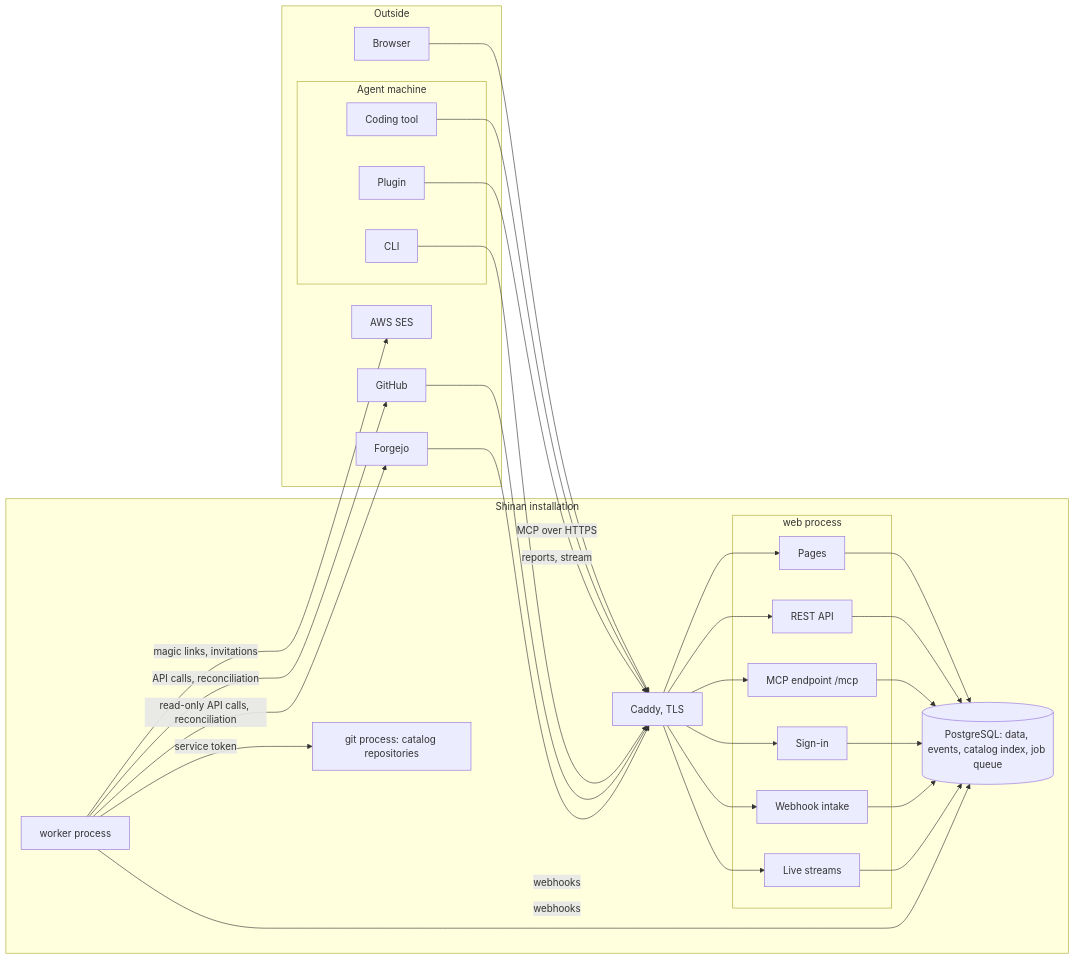
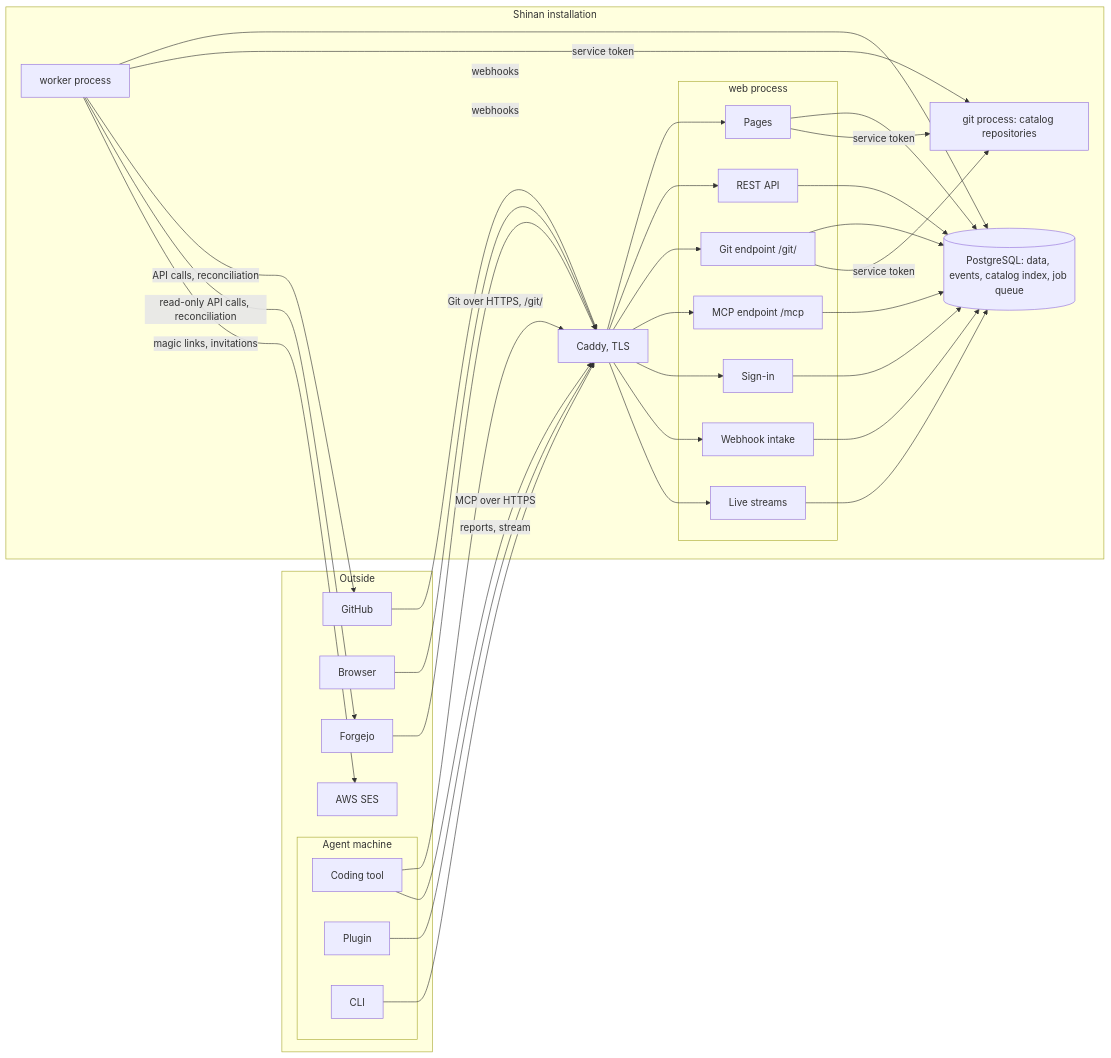
The diagram in docs/architecture.md (guneet-xyz/shinan), drawn with Mermaid before and after one commit. The commit also changed other lines of this file and 14 other files, not shown here.

````diff
--- a/docs/architecture.md
+++ b/docs/architecture.md
@@ -158,41 +158,44 @@
 ```mermaid
 flowchart LR
   subgraph OUT[Outside]
     B[Browser]
     GH[GitHub]
     FJ[Forgejo]
     SES[AWS SES]
     subgraph AM[Agent machine]
       CT[Coding tool]
       PL[Plugin]
       CLI[CLI]
     end
   end
   subgraph SI[Shinan installation]
     C[Caddy, TLS]
     subgraph WEB[web process]
       UI[Pages]
       API[REST API]
+      GE[Git endpoint /git/]
       MCP[MCP endpoint /mcp]
       AUTH[Sign-in]
       WH[Webhook intake]
       SSE[Live streams]
     end
     WK[worker process]
     DB[(PostgreSQL: data, events, catalog index, job queue)]
     GIT[git process: catalog repositories]
   end
   B --> C
+  CT -->|Git over HTTPS, /git/| C
   CT -->|MCP over HTTPS| C
   PL -->|reports, stream| C
   CLI --> C
   GH -->|webhooks| C
   FJ -->|webhooks| C
-  C --> UI & API & MCP & AUTH & WH & SSE
-  UI & API & MCP & AUTH & WH & SSE --> DB
+  C --> UI & API & GE & MCP & AUTH & WH & SSE
+  UI & API & GE & MCP & AUTH & WH & SSE --> DB
+  GE & UI -->|service token| GIT
   WK --> DB
   WK -->|service token| GIT
   WK -->|API calls, reconciliation| GH
   WK -->|read-only API calls, reconciliation| FJ
   WK -->|magic links, invitations| SES
 ```
````
